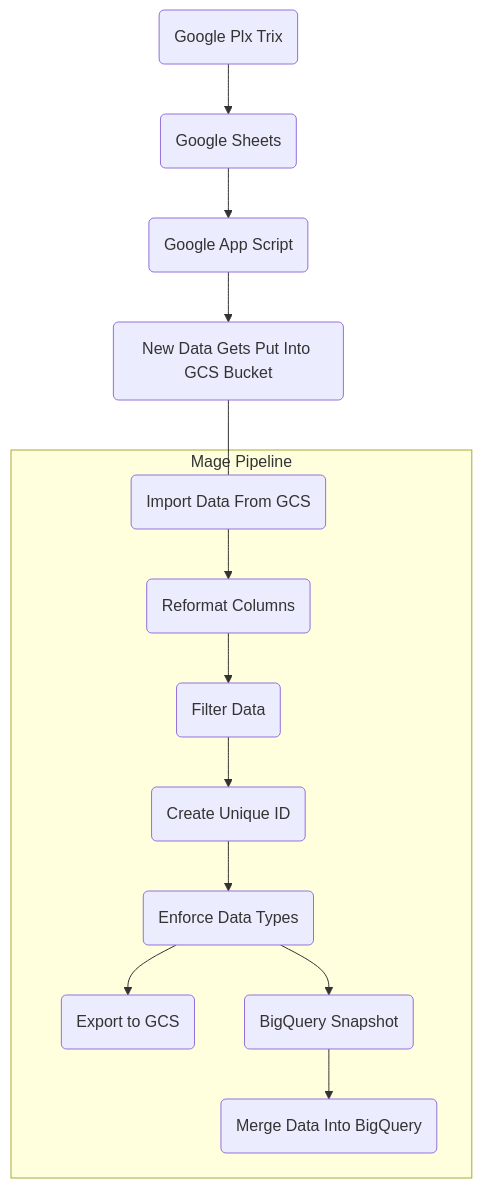
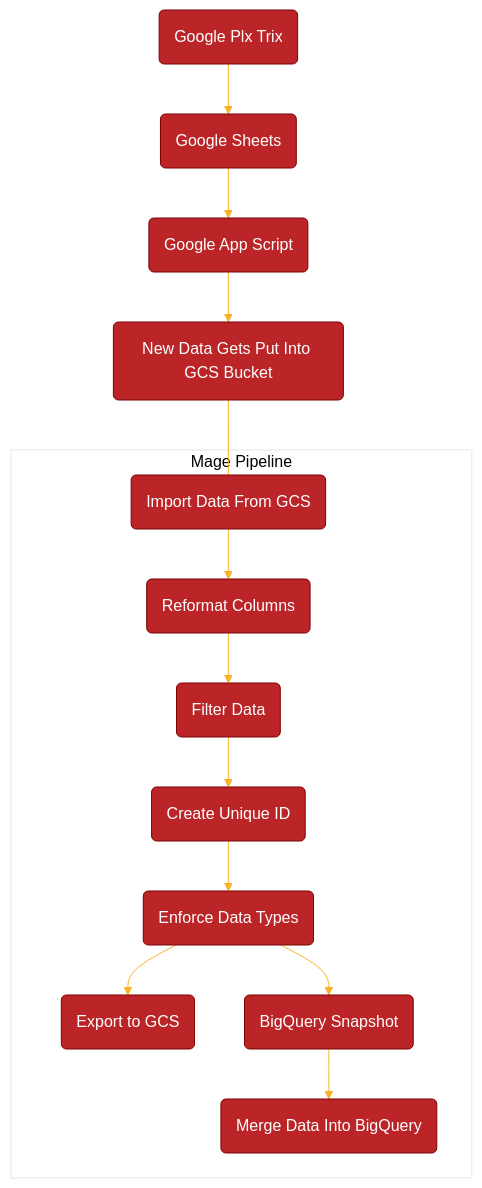
One commit to CarrierOps/1P-Wiki changed the diagram in documentation/pipelines/gfa.md. Above: the diagram before and after it, drawn with Mermaid. The commit also changed other lines of this file, not shown here.

Commit message:
color scheme

````diff
--- a/documentation/pipelines/gfa.md
+++ b/documentation/pipelines/gfa.md
@@ -13,21 +15,35 @@
 ```mermaid
+%%{
+  init: {
+    'theme': 'base',
+    'themeVariables': {
+      'primaryColor': '#BB2528',
+      'primaryTextColor': '#fff',
+      'primaryBorderColor': '#7C0000',
+      'lineColor': '#F8B229',
+      'secondaryColor': '#006100',
+      'tertiaryColor': '#fff'
+    }
+  }
+}%%
+
 flowchart TD
 id0(Google Plx Trix)
 id0000(Google Sheets)
 id00(Google App Script)
 id000(New Data Gets Put Into GCS Bucket)
 id0 --> id0000
 id0000 --> id00
 id00 --> id000
 id000--- id1
 
 subgraph Mage Pipeline
 
 id1(Import Data From GCS) --> id2(Reformat Columns)-->
 id3(Filter Data) --> id4(Create Unique ID)-->
 id5(Enforce Data Types)--> id6(Export to GCS )
 id5(Enforce Data Types)--> id7(BigQuery Snapshot)-->
 id8(Merge Data Into BigQuery)
 end
 
 ```
````
